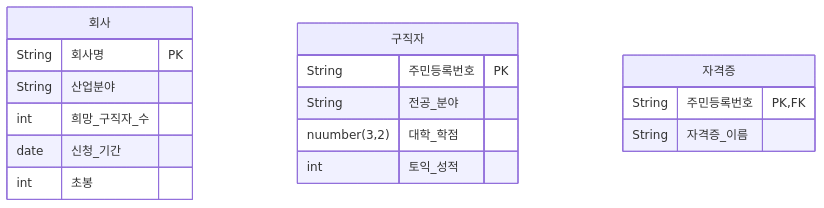
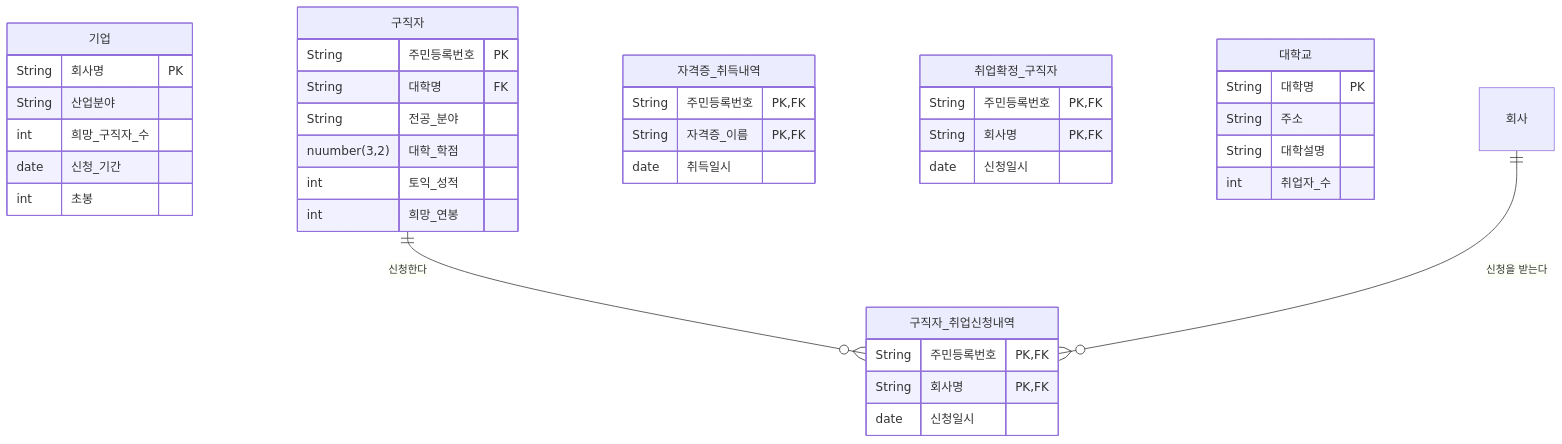
One commit to zerojun040329-eng/test-260401 changed the diagram in README.md. Above: the diagram before and after it, drawn with Mermaid. The commit also changed other lines of this file, not shown here.

````diff
--- a/README.md
+++ b/README.md
@@ -1,20 +1,42 @@
 ```mermaid
 erDiagram
-  회사 {
+  기업 {
     String 회사명 PK
     String 산업분야
-    int 희망_구직자_수
+    int 희망_구직자_수 
     date 신청_기간
     int 초봉
   }
   구직자 {
     String 주민등록번호 PK
+    String 대학명 FK
     String 전공_분야
     nuumber(3,2) 대학_학점
     int 토익_성적
+    int 희망_연봉
   }
-  자격증 {
+  자격증_취득내역 {
     String 주민등록번호 PK, FK
-    String 자격증_이름
+    String 자격증_이름 PK, FK
+    date 취득일시
   }
+  구직자_취업신청내역 {
+    String 주민등록번호 PK, FK
+    String 회사명 PK, FK
+    date 신청일시
+  }
+  취업확정_구직자 {
+    String 주민등록번호 PK, FK
+    String 회사명 PK, FK
+    date 신청일시
+  }
+  대학교 {
+    String 대학명 PK
+    String 주소
+    String 대학설명
+    int 취업자_수
+  }
+
+  구직자 ||--o{ 구직자_취업신청내역 : "신청한다"
+  회사 ||--o{ 구직자_취업신청내역 : "신청을 받는다"
 ```
````
